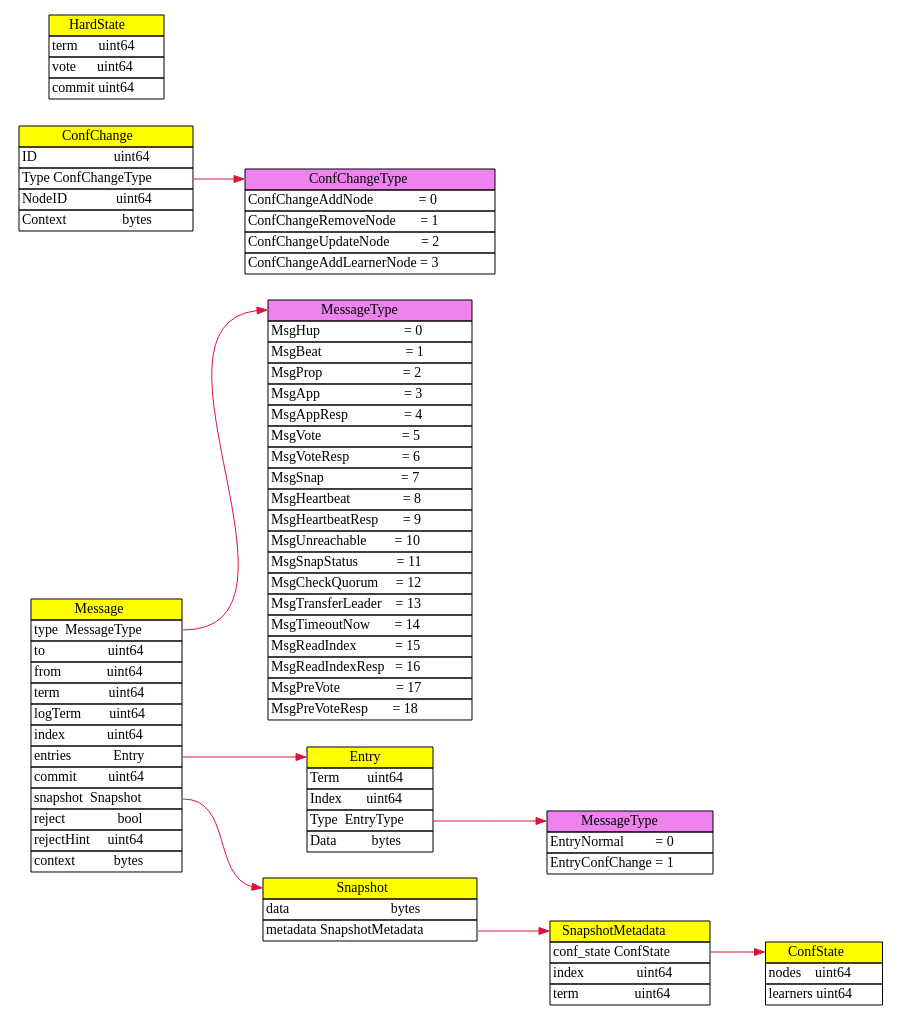
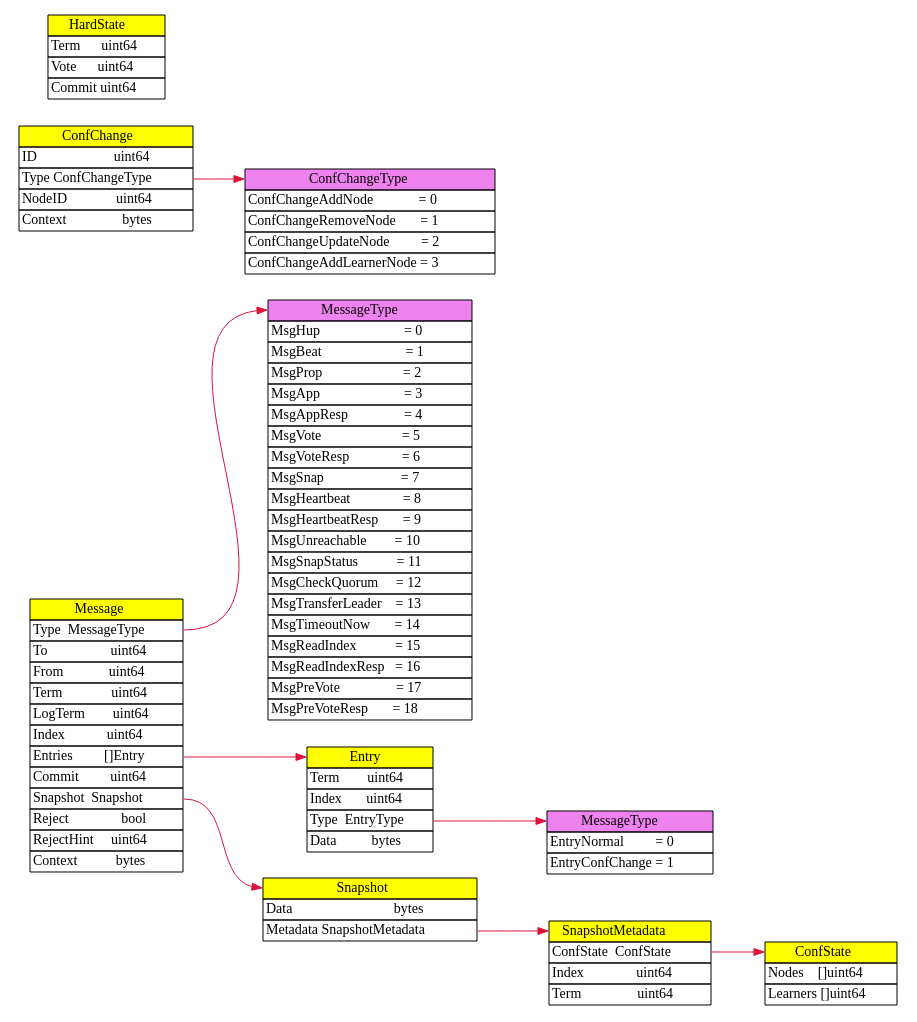
The diagram in image_scripts/raft_msg.dot (lkk2003rty/notes), drawn with Graphviz before and after one commit. The commit also changed 8 other files, not shown here.

```diff
--- a/image_scripts/raft_msg.dot
+++ b/image_scripts/raft_msg.dot
@@ -1,108 +1,108 @@
 digraph Raft {
     rankdir=LR;
     edge [fontname = "Verdana", fontsize = 10, color="crimson", style="solid"];
  
     Message [shape="none" label=<<table border="0" cellspacing="0">
     <tr><td bgcolor="yellow" border="1">Message</td></tr>
-    <tr><td border="1" align="left" port="type">type&nbsp;&nbsp;MessageType</td></tr>
-    <tr><td border="1" align="left">to&nbsp;&nbsp;&nbsp;&nbsp;&nbsp;&nbsp;&nbsp;&nbsp;&nbsp;&nbsp;&nbsp;&nbsp;&nbsp;&nbsp;&nbsp;&nbsp;&nbsp;&nbsp;uint64</td></tr>
-    <tr><td border="1" align="left">from&nbsp;&nbsp;&nbsp;&nbsp;&nbsp;&nbsp;&nbsp;&nbsp;&nbsp;&nbsp;&nbsp;&nbsp;&nbsp;uint64</td></tr>
-    <tr><td border="1" align="left">term&nbsp;&nbsp;&nbsp;&nbsp;&nbsp;&nbsp;&nbsp;&nbsp;&nbsp;&nbsp;&nbsp;&nbsp;&nbsp;&nbsp;uint64</td></tr>
-    <tr><td border="1" align="left">logTerm&nbsp;&nbsp;&nbsp;&nbsp;&nbsp;&nbsp;&nbsp;&nbsp;uint64</td></tr>
-    <tr><td border="1" align="left">index&nbsp;&nbsp;&nbsp;&nbsp;&nbsp;&nbsp;&nbsp;&nbsp;&nbsp;&nbsp;&nbsp;&nbsp;uint64</td></tr>
-    <tr><td border="1" align="left" port="entries">entries&nbsp;&nbsp;&nbsp;&nbsp;&nbsp;&nbsp;&nbsp;&nbsp;&nbsp;&nbsp;&nbsp;&nbsp;Entry</td></tr>
-    <tr><td border="1" align="left">commit&nbsp;&nbsp;&nbsp;&nbsp;&nbsp;&nbsp;&nbsp;&nbsp;&nbsp;uint64</td></tr>
-    <tr><td border="1" align="left" port="snapshot">snapshot&nbsp;&nbsp;Snapshot</td></tr>
-    <tr><td border="1" align="left">reject&nbsp;&nbsp;&nbsp;&nbsp;&nbsp;&nbsp;&nbsp;&nbsp;&nbsp;&nbsp;&nbsp;&nbsp;&nbsp;&nbsp;&nbsp;bool</td></tr>
-    <tr><td border="1" align="left">rejectHint&nbsp;&nbsp;&nbsp;&nbsp;&nbsp;uint64</td></tr>
-    <tr><td border="1" align="left">context&nbsp;&nbsp;&nbsp;&nbsp;&nbsp;&nbsp;&nbsp;&nbsp;&nbsp;&nbsp;&nbsp;bytes</td></tr>
+    <tr><td border="1" align="left" port="type">Type&nbsp;&nbsp;MessageType</td></tr>
+    <tr><td border="1" align="left">To&nbsp;&nbsp;&nbsp;&nbsp;&nbsp;&nbsp;&nbsp;&nbsp;&nbsp;&nbsp;&nbsp;&nbsp;&nbsp;&nbsp;&nbsp;&nbsp;&nbsp;&nbsp;uint64</td></tr>
+    <tr><td border="1" align="left">From&nbsp;&nbsp;&nbsp;&nbsp;&nbsp;&nbsp;&nbsp;&nbsp;&nbsp;&nbsp;&nbsp;&nbsp;&nbsp;uint64</td></tr>
+    <tr><td border="1" align="left">Term&nbsp;&nbsp;&nbsp;&nbsp;&nbsp;&nbsp;&nbsp;&nbsp;&nbsp;&nbsp;&nbsp;&nbsp;&nbsp;&nbsp;uint64</td></tr>
+    <tr><td border="1" align="left">LogTerm&nbsp;&nbsp;&nbsp;&nbsp;&nbsp;&nbsp;&nbsp;&nbsp;uint64</td></tr>
+    <tr><td border="1" align="left">Index&nbsp;&nbsp;&nbsp;&nbsp;&nbsp;&nbsp;&nbsp;&nbsp;&nbsp;&nbsp;&nbsp;&nbsp;uint64</td></tr>
+    <tr><td border="1" align="left" port="entries">Entries&nbsp;&nbsp;&nbsp;&nbsp;&nbsp;&nbsp;&nbsp;&nbsp;&nbsp;[]Entry</td></tr>
+    <tr><td border="1" align="left">Commit&nbsp;&nbsp;&nbsp;&nbsp;&nbsp;&nbsp;&nbsp;&nbsp;&nbsp;uint64</td></tr>
+    <tr><td border="1" align="left" port="snapshot">Snapshot&nbsp;&nbsp;Snapshot</td></tr>
+    <tr><td border="1" align="left">Reject&nbsp;&nbsp;&nbsp;&nbsp;&nbsp;&nbsp;&nbsp;&nbsp;&nbsp;&nbsp;&nbsp;&nbsp;&nbsp;&nbsp;&nbsp;bool</td></tr>
+    <tr><td border="1" align="left">RejectHint&nbsp;&nbsp;&nbsp;&nbsp;&nbsp;uint64</td></tr>
+    <tr><td border="1" align="left">Context&nbsp;&nbsp;&nbsp;&nbsp;&nbsp;&nbsp;&nbsp;&nbsp;&nbsp;&nbsp;&nbsp;bytes</td></tr>
     </table>>];
 
     MessageType [shape="none" label=<<table border="0" cellspacing="0">
     <tr><td bgcolor="#EE82EE" border="1" port="head">MessageType</td></tr>
 	<tr><td border="1" align="left">MsgHup&nbsp;&nbsp;&nbsp;&nbsp;&nbsp;&nbsp;&nbsp;&nbsp;&nbsp;&nbsp;&nbsp;&nbsp;&nbsp;&nbsp;&nbsp;&nbsp;&nbsp;&nbsp;&nbsp;&nbsp;&nbsp;&nbsp;&nbsp;&nbsp;=&nbsp;0</td></tr>
 	<tr><td border="1" align="left">MsgBeat&nbsp;&nbsp;&nbsp;&nbsp;&nbsp;&nbsp;&nbsp;&nbsp;&nbsp;&nbsp;&nbsp;&nbsp;&nbsp;&nbsp;&nbsp;&nbsp;&nbsp;&nbsp;&nbsp;&nbsp;&nbsp;&nbsp;&nbsp;&nbsp;=&nbsp;1</td></tr>
 	<tr><td border="1" align="left">MsgProp&nbsp;&nbsp;&nbsp;&nbsp;&nbsp;&nbsp;&nbsp;&nbsp;&nbsp;&nbsp;&nbsp;&nbsp;&nbsp;&nbsp;&nbsp;&nbsp;&nbsp;&nbsp;&nbsp;&nbsp;&nbsp;&nbsp;&nbsp;=&nbsp;2</td></tr>
 	<tr><td border="1" align="left">MsgApp&nbsp;&nbsp;&nbsp;&nbsp;&nbsp;&nbsp;&nbsp;&nbsp;&nbsp;&nbsp;&nbsp;&nbsp;&nbsp;&nbsp;&nbsp;&nbsp;&nbsp;&nbsp;&nbsp;&nbsp;&nbsp;&nbsp;&nbsp;&nbsp;=&nbsp;3</td></tr>
 	<tr><td border="1" align="left">MsgAppResp&nbsp;&nbsp;&nbsp;&nbsp;&nbsp;&nbsp;&nbsp;&nbsp;&nbsp;&nbsp;&nbsp;&nbsp;&nbsp;&nbsp;&nbsp;&nbsp;=&nbsp;4</td></tr>
 	<tr><td border="1" align="left">MsgVote&nbsp;&nbsp;&nbsp;&nbsp;&nbsp;&nbsp;&nbsp;&nbsp;&nbsp;&nbsp;&nbsp;&nbsp;&nbsp;&nbsp;&nbsp;&nbsp;&nbsp;&nbsp;&nbsp;&nbsp;&nbsp;&nbsp;&nbsp;=&nbsp;5</td></tr>
 	<tr><td border="1" align="left">MsgVoteResp&nbsp;&nbsp;&nbsp;&nbsp;&nbsp;&nbsp;&nbsp;&nbsp;&nbsp;&nbsp;&nbsp;&nbsp;&nbsp;&nbsp;&nbsp;=&nbsp;6</td></tr>
 	<tr><td border="1" align="left">MsgSnap&nbsp;&nbsp;&nbsp;&nbsp;&nbsp;&nbsp;&nbsp;&nbsp;&nbsp;&nbsp;&nbsp;&nbsp;&nbsp;&nbsp;&nbsp;&nbsp;&nbsp;&nbsp;&nbsp;&nbsp;&nbsp;&nbsp;=&nbsp;7</td></tr>
 	<tr><td border="1" align="left">MsgHeartbeat&nbsp;&nbsp;&nbsp;&nbsp;&nbsp;&nbsp;&nbsp;&nbsp;&nbsp;&nbsp;&nbsp;&nbsp;&nbsp;&nbsp;&nbsp;=&nbsp;8</td></tr>
 	<tr><td border="1" align="left">MsgHeartbeatResp&nbsp;&nbsp;&nbsp;&nbsp;&nbsp;&nbsp;&nbsp;=&nbsp;9</td></tr>
 	<tr><td border="1" align="left">MsgUnreachable&nbsp;&nbsp;&nbsp;&nbsp;&nbsp;&nbsp;&nbsp;&nbsp;=&nbsp;10</td></tr>
 	<tr><td border="1" align="left">MsgSnapStatus&nbsp;&nbsp;&nbsp;&nbsp;&nbsp;&nbsp;&nbsp;&nbsp;&nbsp;&nbsp;&nbsp;=&nbsp;11</td></tr>
 	<tr><td border="1" align="left">MsgCheckQuorum&nbsp;&nbsp;&nbsp;&nbsp;&nbsp;=&nbsp;12</td></tr>
 	<tr><td border="1" align="left">MsgTransferLeader&nbsp;&nbsp;&nbsp;&nbsp;=&nbsp;13</td></tr>
 	<tr><td border="1" align="left">MsgTimeoutNow&nbsp;&nbsp;&nbsp;&nbsp;&nbsp;&nbsp;&nbsp;=&nbsp;14</td></tr>
 	<tr><td border="1" align="left">MsgReadIndex&nbsp;&nbsp;&nbsp;&nbsp;&nbsp;&nbsp;&nbsp;&nbsp;&nbsp;&nbsp;&nbsp;=&nbsp;15</td></tr>
 	<tr><td border="1" align="left">MsgReadIndexResp&nbsp;&nbsp;&nbsp;=&nbsp;16</td></tr>
 	<tr><td border="1" align="left">MsgPreVote&nbsp;&nbsp;&nbsp;&nbsp;&nbsp;&nbsp;&nbsp;&nbsp;&nbsp;&nbsp;&nbsp;&nbsp;&nbsp;&nbsp;&nbsp;&nbsp;=&nbsp;17</td></tr>
 	<tr><td border="1" align="left">MsgPreVoteResp&nbsp;&nbsp;&nbsp;&nbsp;&nbsp;&nbsp;&nbsp;=&nbsp;18</td></tr>
     </table>>];
 
     Entry [shape="none" label=<<table border="0" cellspacing="0">
     <tr><td bgcolor="yellow" border="1" port="head">Entry</td></tr>
     <tr><td border="1" align="left">Term&nbsp;&nbsp;&nbsp;&nbsp;&nbsp;&nbsp;&nbsp;&nbsp;uint64</td></tr>
     <tr><td border="1" align="left">Index&nbsp;&nbsp;&nbsp;&nbsp;&nbsp;&nbsp;&nbsp;uint64</td></tr>
     <tr><td border="1" align="left" port="type">Type&nbsp;&nbsp;EntryType</td></tr>
     <tr><td border="1" align="left">Data&nbsp;&nbsp;&nbsp;&nbsp;&nbsp;&nbsp;&nbsp;&nbsp;&nbsp;&nbsp;bytes</td></tr>
     </table>>];
    
     EntryType [shape="none" label=<<table border="0" cellspacing="0">
     <tr><td bgcolor="#EE82EE" border="1" port="head">MessageType</td></tr>
 	<tr><td border="1" align="left">EntryNormal&nbsp;&nbsp;&nbsp;&nbsp;&nbsp;&nbsp;&nbsp;&nbsp;&nbsp;=&nbsp;0</td></tr>
 	<tr><td border="1" align="left">EntryConfChange&nbsp;=&nbsp;1</td></tr>
     </table>>];
     
     Snapshot [shape="none" label=<<table border="0" cellspacing="0">
     <tr><td bgcolor="yellow" border="1" port="head">Snapshot</td></tr>
-	<tr><td border="1" align="left">data&nbsp;&nbsp;&nbsp;&nbsp;&nbsp;&nbsp;&nbsp;&nbsp;&nbsp;&nbsp;&nbsp;&nbsp;&nbsp;&nbsp;&nbsp;&nbsp;&nbsp;&nbsp;&nbsp;&nbsp;&nbsp;&nbsp;&nbsp;&nbsp;&nbsp;&nbsp;&nbsp;&nbsp;&nbsp;bytes</td></tr>
-	<tr><td border="1" align="left" port="metadata">metadata&nbsp;SnapshotMetadata</td></tr>
+	<tr><td border="1" align="left">Data&nbsp;&nbsp;&nbsp;&nbsp;&nbsp;&nbsp;&nbsp;&nbsp;&nbsp;&nbsp;&nbsp;&nbsp;&nbsp;&nbsp;&nbsp;&nbsp;&nbsp;&nbsp;&nbsp;&nbsp;&nbsp;&nbsp;&nbsp;&nbsp;&nbsp;&nbsp;&nbsp;&nbsp;&nbsp;bytes</td></tr>
+	<tr><td border="1" align="left" port="metadata">Metadata&nbsp;SnapshotMetadata</td></tr>
     </table>>];
 
     SnapshotMetadata [shape="none" label=<<table border="0" cellspacing="0">
     <tr><td bgcolor="yellow" border="1" port="head">SnapshotMetadata</td></tr>
-	<tr><td border="1" align="left" port="conf_state">conf_state&nbsp;ConfState</td></tr>
-	<tr><td border="1" align="left">index&nbsp;&nbsp;&nbsp;&nbsp;&nbsp;&nbsp;&nbsp;&nbsp;&nbsp;&nbsp;&nbsp;&nbsp;&nbsp;&nbsp;&nbsp;uint64</td></tr>
-	<tr><td border="1" align="left">term&nbsp;&nbsp;&nbsp;&nbsp;&nbsp;&nbsp;&nbsp;&nbsp;&nbsp;&nbsp;&nbsp;&nbsp;&nbsp;&nbsp;&nbsp;&nbsp;uint64</td></tr>
+	<tr><td border="1" align="left" port="conf_state">ConfState&nbsp;&nbsp;ConfState</td></tr>
+	<tr><td border="1" align="left">Index&nbsp;&nbsp;&nbsp;&nbsp;&nbsp;&nbsp;&nbsp;&nbsp;&nbsp;&nbsp;&nbsp;&nbsp;&nbsp;&nbsp;&nbsp;uint64</td></tr>
+	<tr><td border="1" align="left">Term&nbsp;&nbsp;&nbsp;&nbsp;&nbsp;&nbsp;&nbsp;&nbsp;&nbsp;&nbsp;&nbsp;&nbsp;&nbsp;&nbsp;&nbsp;&nbsp;uint64</td></tr>
     </table>>];
 
     ConfState [shape="none" label=<<table border="0" cellspacing="0">
     <tr><td bgcolor="yellow" border="1" port="head">ConfState</td></tr>
-	<tr><td border="1" align="left">nodes&nbsp;&nbsp;&nbsp;&nbsp;uint64</td></tr>
-	<tr><td border="1" align="left">learners&nbsp;uint64</td></tr>
+	<tr><td border="1" align="left">Nodes&nbsp;&nbsp;&nbsp;&nbsp;[]uint64</td></tr>
+	<tr><td border="1" align="left">Learners&nbsp;[]uint64</td></tr>
     </table>>];
 
     ConfChangeType[shape="none" label=<<table border="0" cellspacing="0">
     <tr><td bgcolor="#EE82EE" border="1" port="head">ConfChangeType</td></tr>
 	<tr><td border="1" align="left">ConfChangeAddNode&nbsp;&nbsp;&nbsp;&nbsp;&nbsp;&nbsp;&nbsp;&nbsp;&nbsp;&nbsp;&nbsp;&nbsp;&nbsp;=&nbsp;0</td></tr>
 	<tr><td border="1" align="left">ConfChangeRemoveNode&nbsp;&nbsp;&nbsp;&nbsp;&nbsp;&nbsp;&nbsp;=&nbsp;1</td></tr>
 	<tr><td border="1" align="left">ConfChangeUpdateNode&nbsp;&nbsp;&nbsp;&nbsp;&nbsp;&nbsp;&nbsp;&nbsp;&nbsp;=&nbsp;2</td></tr>
 	<tr><td border="1" align="left">ConfChangeAddLearnerNode&nbsp;=&nbsp;3</td></tr>
     </table>>];
 
     ConfChange [shape="none" label=<<table border="0" cellspacing="0">
     <tr><td bgcolor="yellow" border="1" port="head">ConfChange</td></tr>
 	<tr><td border="1" align="left">ID&nbsp;&nbsp;&nbsp;&nbsp;&nbsp;&nbsp;&nbsp;&nbsp;&nbsp;&nbsp;&nbsp;&nbsp;&nbsp;&nbsp;&nbsp;&nbsp;&nbsp;&nbsp;&nbsp;&nbsp;&nbsp;&nbsp;uint64</td></tr>
 	<tr><td border="1" align="left" port="type">Type&nbsp;ConfChangeType</td></tr>
 	<tr><td border="1" align="left">NodeID&nbsp;&nbsp;&nbsp;&nbsp;&nbsp;&nbsp;&nbsp;&nbsp;&nbsp;&nbsp;&nbsp;&nbsp;&nbsp;&nbsp;uint64</td></tr>
 	<tr><td border="1" align="left">Context&nbsp;&nbsp;&nbsp;&nbsp;&nbsp;&nbsp;&nbsp;&nbsp;&nbsp;&nbsp;&nbsp;&nbsp;&nbsp;&nbsp;&nbsp;&nbsp;bytes</td></tr>
     </table>>];
 
     HardState [shape="none" label=<<table border="0" cellspacing="0">
     <tr><td bgcolor="yellow" border="1" port="head">HardState</td></tr>
-	<tr><td border="1" align="left">term&nbsp;&nbsp;&nbsp;&nbsp;&nbsp;&nbsp;uint64</td></tr>
-	<tr><td border="1" align="left">vote&nbsp;&nbsp;&nbsp;&nbsp;&nbsp;&nbsp;uint64</td></tr>
-	<tr><td border="1" align="left">commit&nbsp;uint64</td></tr>
+	<tr><td border="1" align="left">Term&nbsp;&nbsp;&nbsp;&nbsp;&nbsp;&nbsp;uint64</td></tr>
+	<tr><td border="1" align="left">Vote&nbsp;&nbsp;&nbsp;&nbsp;&nbsp;&nbsp;uint64</td></tr>
+	<tr><td border="1" align="left">Commit&nbsp;uint64</td></tr>
     </table>>];
 
 
     Message:type -> MessageType:head;
     Message:entries -> Entry:head;
     Message:snapshot -> Snapshot:head;
     Entry:type -> EntryType:head;
     Snapshot:metadata -> SnapshotMetadata:head;
     SnapshotMetadata:conf_state -> ConfState:head;
     ConfChange:type -> ConfChangeType:head;
 }
```
